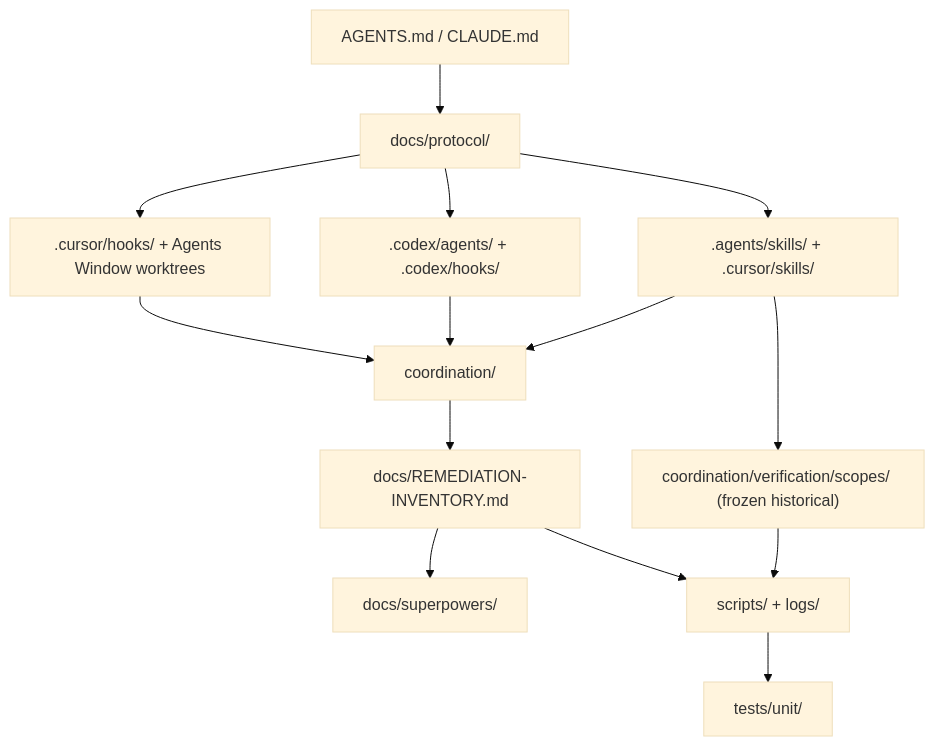
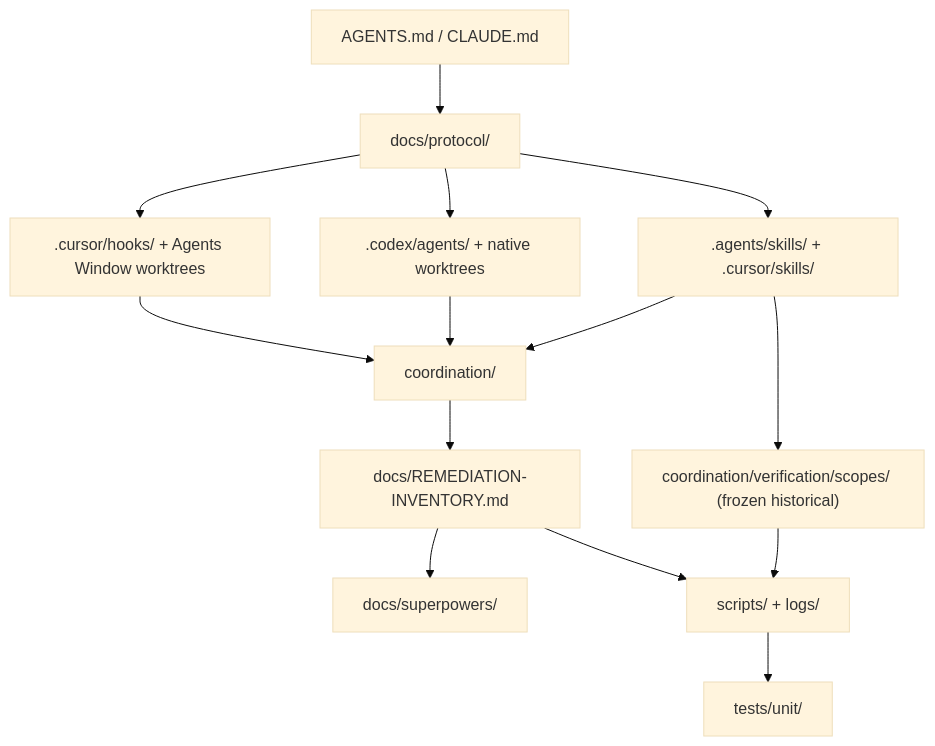
One commit to hkk009008-svg/governance-os changed the diagram in docs/protocol/protocol-assembly-map.md. Above: the diagram before and after it, drawn with Mermaid (base theme). The commit also changed other lines of this file and 86 other files, not shown here.

Commit message:
refactor(codex): cut over to compact native control path

````diff
--- a/docs/protocol/protocol-assembly-map.md
+++ b/docs/protocol/protocol-assembly-map.md
@@ -10,28 +10,28 @@
 ```mermaid
 flowchart TD
     Root["AGENTS.md / CLAUDE.md"]
     Policy["docs/protocol/"]
     Skills[".agents/skills/ + .cursor/skills/"]
-    Codex[".codex/agents/ + .codex/hooks/"]
+    Codex[".codex/agents/ + native worktrees"]
     Cursor[".cursor/hooks/ + Agents Window worktrees"]
     Scope["coordination/verification/scopes/ (frozen historical)"]
     Ledger["coordination/"]
     Board["docs/REMEDIATION-INVENTORY.md"]
     Work["docs/superpowers/"]
     Evidence["scripts/ + logs/"]
     Tests["tests/unit/"]
 
     Root --> Policy
     Policy --> Skills
     Policy --> Codex
     Policy --> Cursor
     Skills --> Ledger
     Codex --> Ledger
     Cursor --> Ledger
     Skills --> Scope
     Scope --> Evidence
     Ledger --> Board
     Board --> Work
     Board --> Evidence
     Evidence --> Tests
 ```
````
